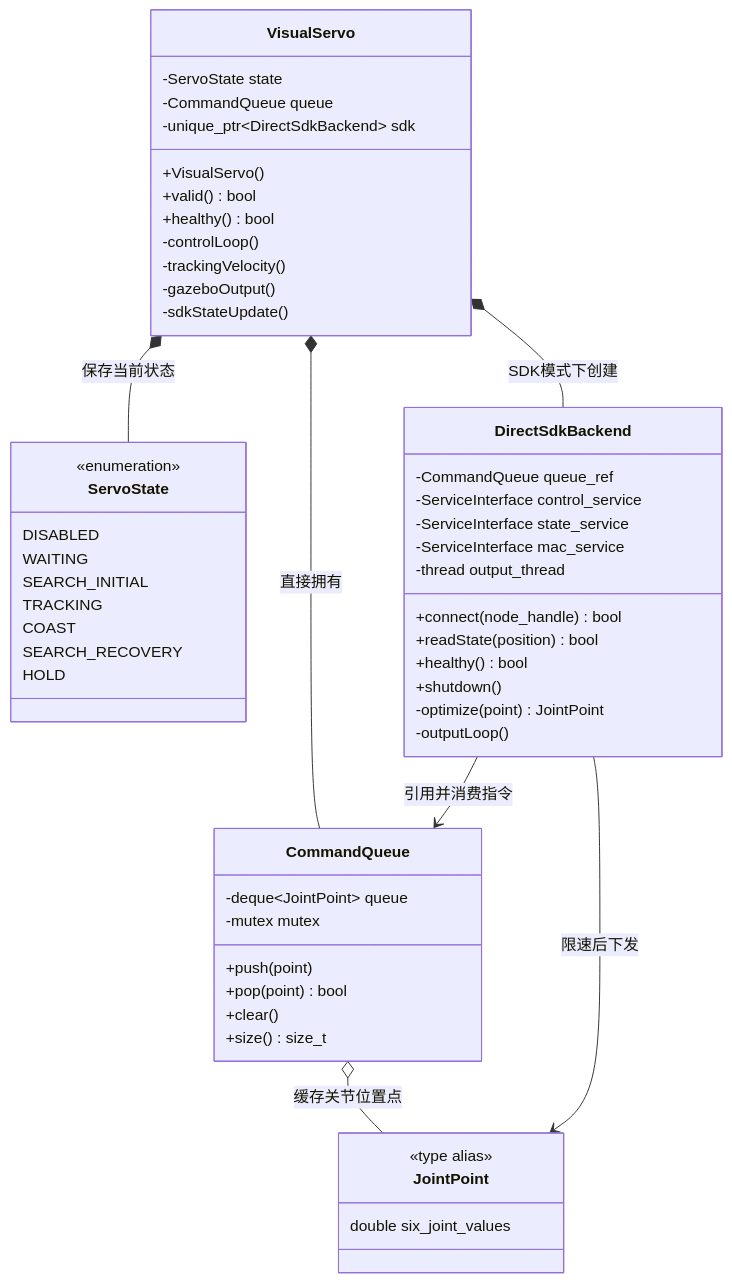
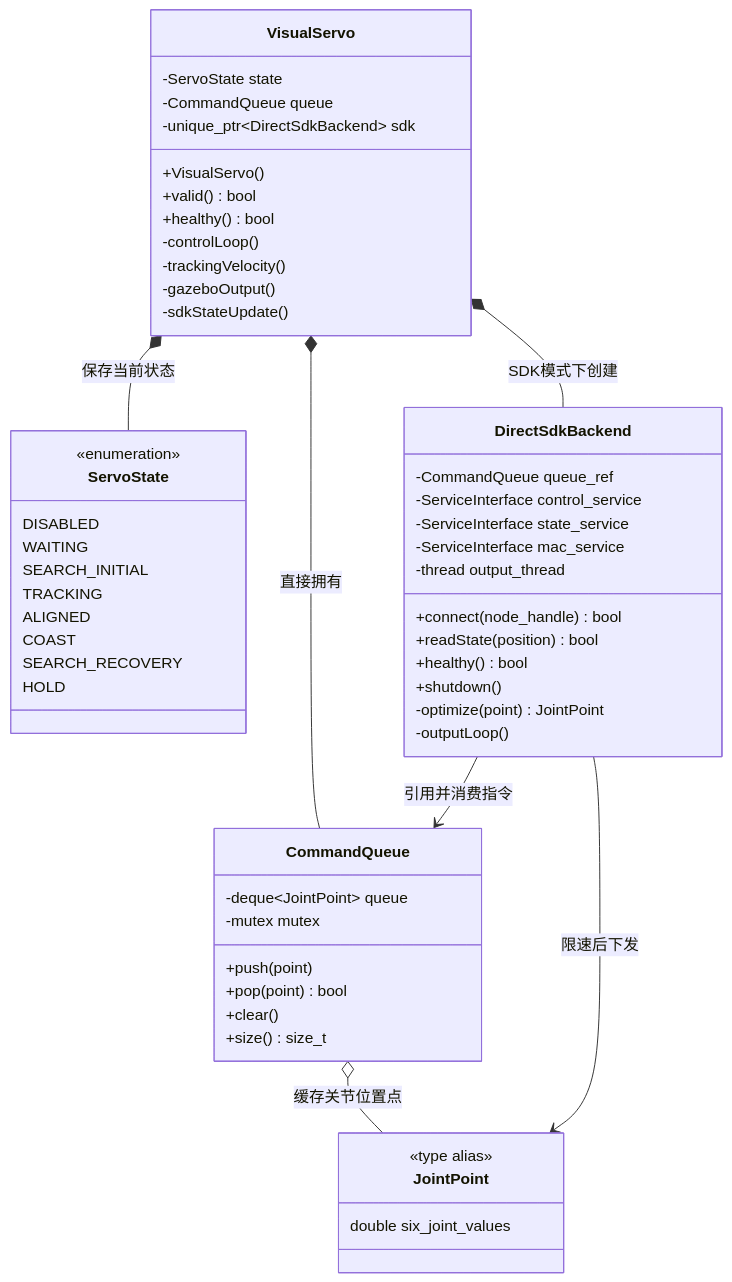
One commit to 2799063570/ros-mobile-manipulation-lab changed the first of 2 diagrams in aubo/aubo_ros_control/README.md. Above: the diagram before and after it, drawn with Mermaid. The commit also changed other lines of this file and 12 other files, not shown here.

````diff
--- a/aubo/aubo_ros_control/README.md
+++ b/aubo/aubo_ros_control/README.md
@@ -21,61 +21,62 @@
 ```mermaid
 classDiagram
     class VisualServo {
         -ServoState state
         -CommandQueue queue
         -unique_ptr~DirectSdkBackend~ sdk
         +VisualServo()
         +valid() bool
         +healthy() bool
         -controlLoop()
         -trackingVelocity()
         -gazeboOutput()
         -sdkStateUpdate()
     }
 
     class ServoState {
         <<enumeration>>
         DISABLED
         WAITING
         SEARCH_INITIAL
         TRACKING
+        ALIGNED
         COAST
         SEARCH_RECOVERY
         HOLD
     }
 
     class CommandQueue {
         -deque~JointPoint~ queue
         -mutex mutex
         +push(point)
         +pop(point) bool
         +clear()
         +size() size_t
     }
 
     class DirectSdkBackend {
         -CommandQueue queue_ref
         -ServiceInterface control_service
         -ServiceInterface state_service
         -ServiceInterface mac_service
         -thread output_thread
         +connect(node_handle) bool
         +readState(position) bool
         +healthy() bool
         +shutdown()
         -optimize(point) JointPoint
         -outputLoop()
     }
 
     class JointPoint {
         <<type alias>>
         double six_joint_values
     }
 
     VisualServo *-- ServoState : 保存当前状态
     VisualServo *-- CommandQueue : 直接拥有
     VisualServo *-- DirectSdkBackend : SDK模式下创建
     CommandQueue o-- JointPoint : 缓存关节位置点
     DirectSdkBackend --> CommandQueue : 引用并消费指令
     DirectSdkBackend --> JointPoint : 限速后下发
 ```
````
